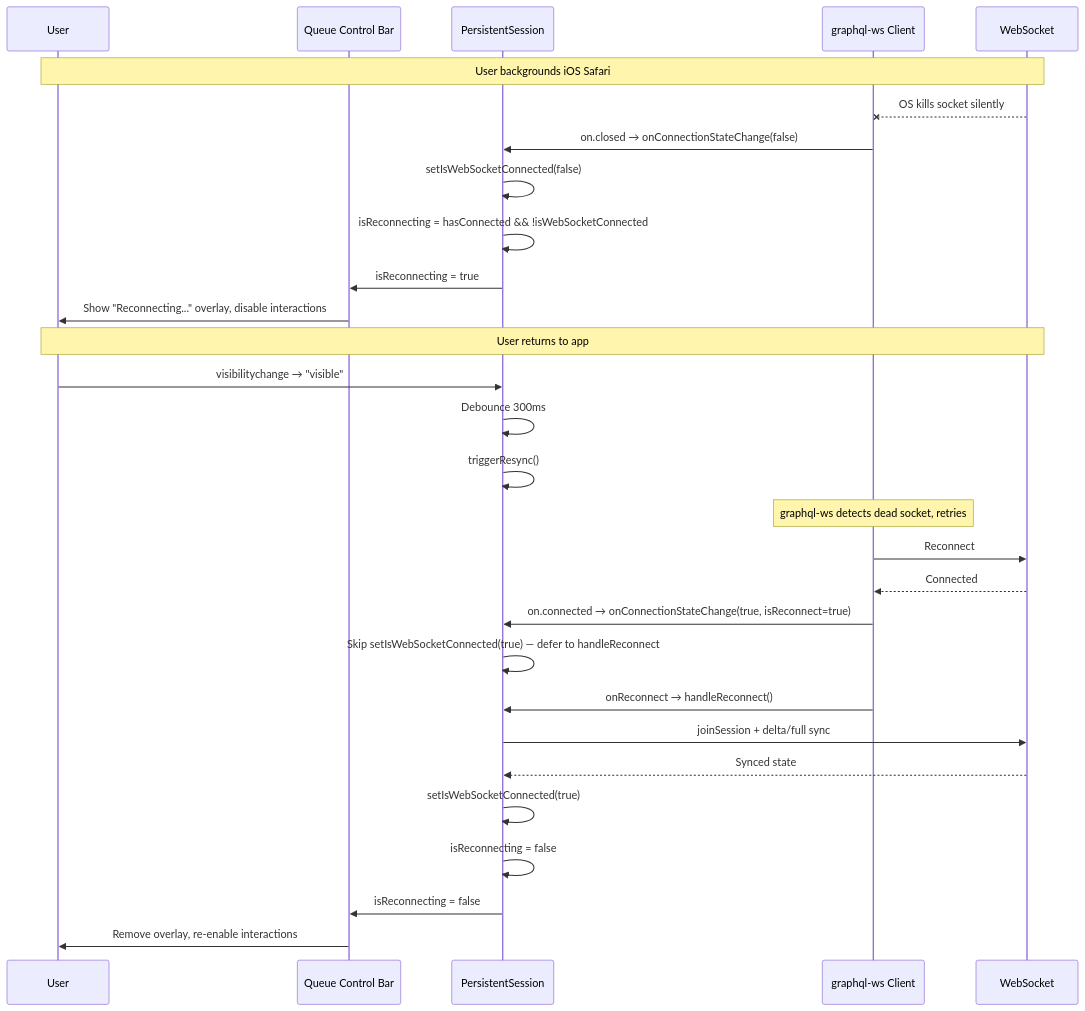
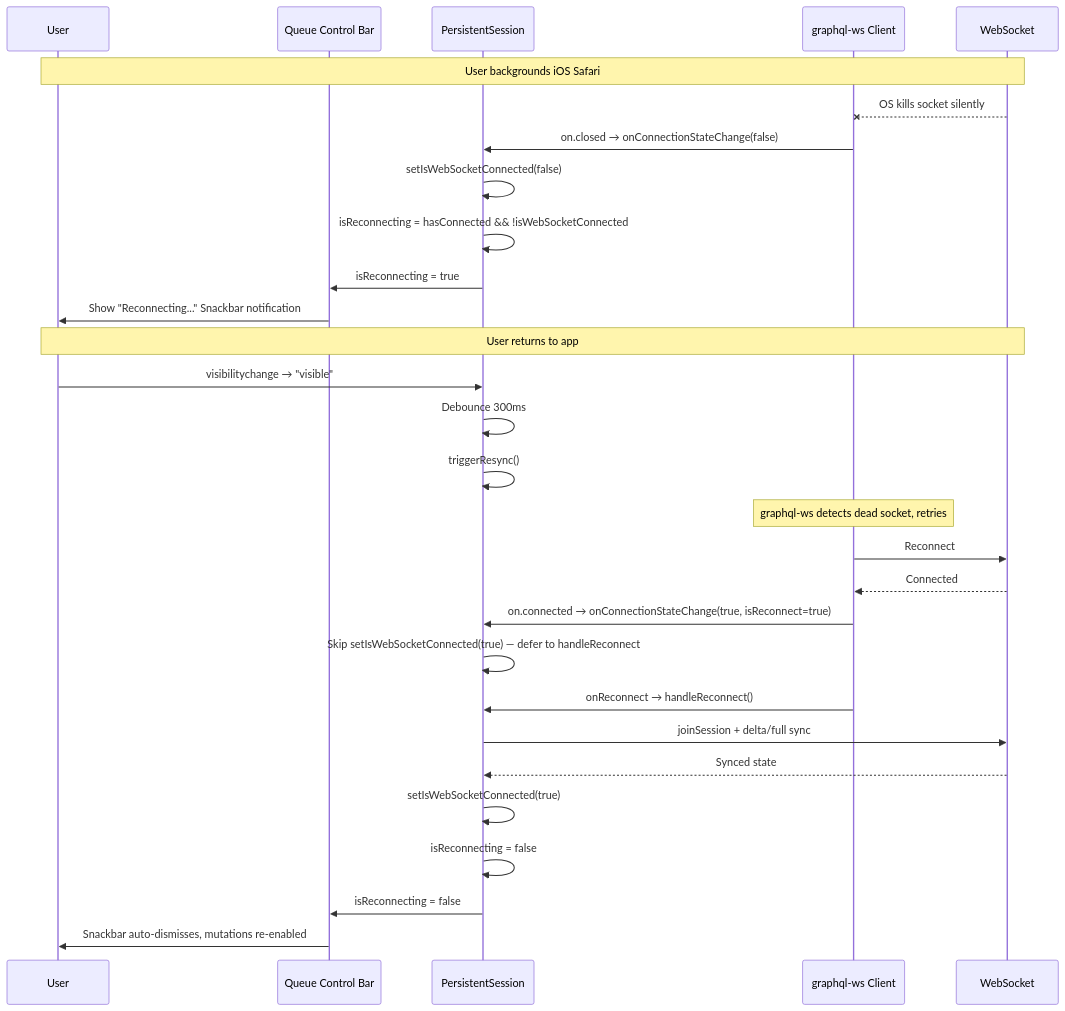
One commit to marcodejongh/boardsesh changed diagram 13 of 15 in docs/websocket-implementation.md. Above: the diagram before and after it, drawn with Mermaid. The commit also changed other lines of this file and 2 other files, not shown here.

Commit message:
Replace blocking reconnecting overlay with non-blocking MUI Snackbar
The full-page overlay blocked all user interaction. Replace it with a
bottom-center Snackbar/Alert that shows "Reconnecting..." with a spinner
and automatically disappears when the connection is re-established.
Queue mutations are still prevented by viewOnlyMode during reconnection.

https://claude.ai/code/session_016bdrJ2mAmjzSmZ2z6vWGN9

````diff
--- a/docs/websocket-implementation.md
+++ b/docs/websocket-implementation.md
@@ -803,37 +803,37 @@
 ```mermaid
 sequenceDiagram
     participant U as User
     participant UI as Queue Control Bar
     participant PS as PersistentSession
     participant GC as graphql-ws Client
     participant WS as WebSocket
 
     Note over U,WS: User backgrounds iOS Safari
 
     WS--xGC: OS kills socket silently
     GC->>PS: on.closed → onConnectionStateChange(false)
     PS->>PS: setIsWebSocketConnected(false)
     PS->>PS: isReconnecting = hasConnected && !isWebSocketConnected
     PS->>UI: isReconnecting = true
-    UI->>U: Show "Reconnecting..." overlay, disable interactions
+    UI->>U: Show "Reconnecting..." Snackbar notification
 
     Note over U,WS: User returns to app
 
     U->>PS: visibilitychange → "visible"
     PS->>PS: Debounce 300ms
     PS->>PS: triggerResync()
 
     Note over GC: graphql-ws detects dead socket, retries
 
     GC->>WS: Reconnect
     WS-->>GC: Connected
     GC->>PS: on.connected → onConnectionStateChange(true, isReconnect=true)
     PS->>PS: Skip setIsWebSocketConnected(true) — defer to handleReconnect
     GC->>PS: onReconnect → handleReconnect()
     PS->>WS: joinSession + delta/full sync
     WS-->>PS: Synced state
     PS->>PS: setIsWebSocketConnected(true)
     PS->>PS: isReconnecting = false
     PS->>UI: isReconnecting = false
-    UI->>U: Remove overlay, re-enable interactions
+    UI->>U: Snackbar auto-dismisses, mutations re-enabled
 ```
````
